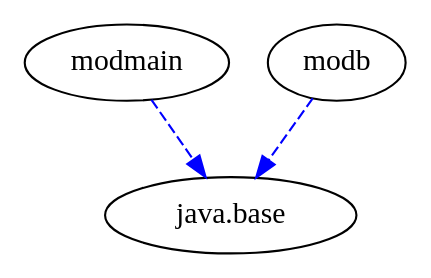
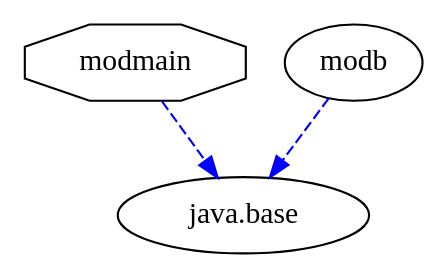
The diagram in jigsaw-examples/example_addReads_addExports_reflection/moduledependencies.dot (accso/java9-jigsaw-examples), drawn with Graphviz before and after one commit. The commit also changed 150 other files, not shown here.

Commit message:
Upgraded all Jigsaw examples to latest DepVis version 0.3

```diff
--- a/jigsaw-examples/example_addReads_addExports_reflection/moduledependencies.dot
+++ b/jigsaw-examples/example_addReads_addExports_reflection/moduledependencies.dot
@@ -1,8 +1,8 @@
-# Created by depvis.JigsawDepVisualizer on Tue Oct 10 15:14:21 CEST 2017
+# Created by depvis.JigsawDepVisualizer on Tue Oct 17 12:27:11 CEST 2017
 digraph Java9_Dependency_Visualizer {
-modmain[fontname="Consolas",shape="ellipse",label="modmain"];
+modmain[fontname="Consolas",shape="octagon",label="modmain"];
 java_base[fontname="Consolas",shape="ellipse",label="java.base"];
 modb[fontname="Consolas",shape="ellipse",label="modb"];
 modmain -> java_base[color="#0000ff",fontname="Consolas",fontcolor="#0000ff",style="dashed",weight="16"]
 modb -> java_base[color="#0000ff",fontname="Consolas",fontcolor="#0000ff",style="dashed",weight="16"]
 }
```
